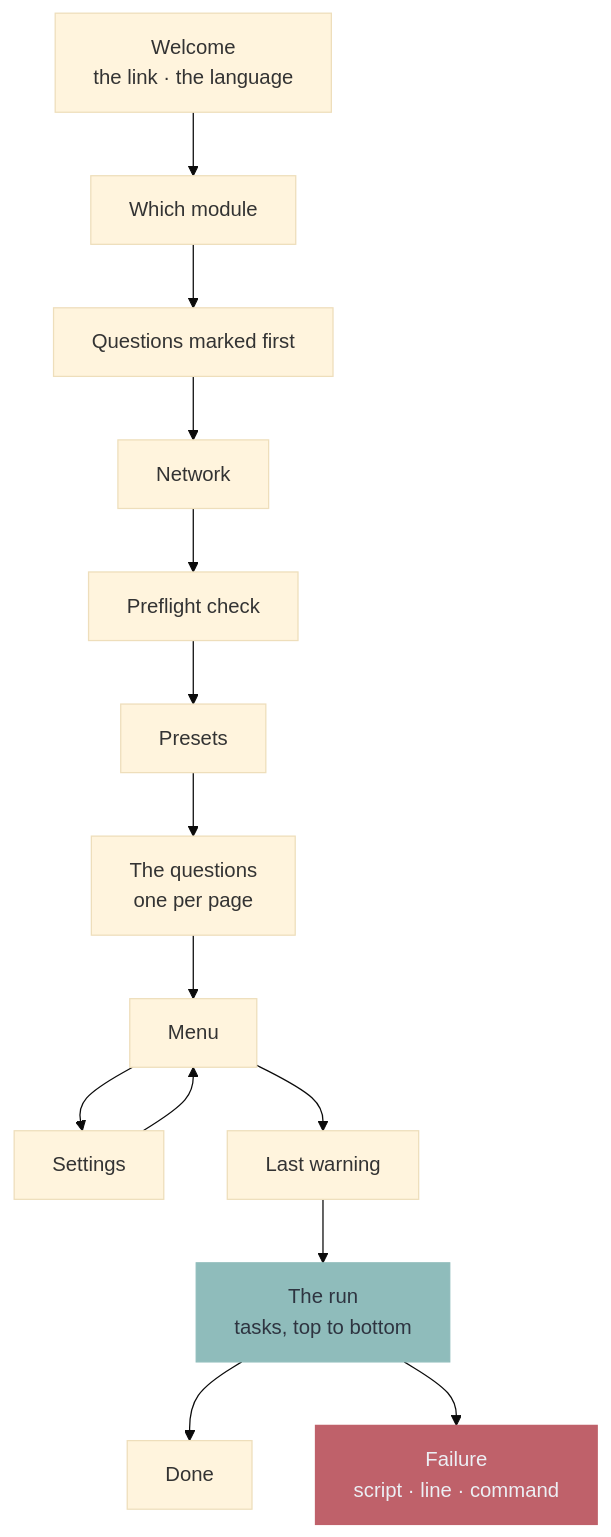
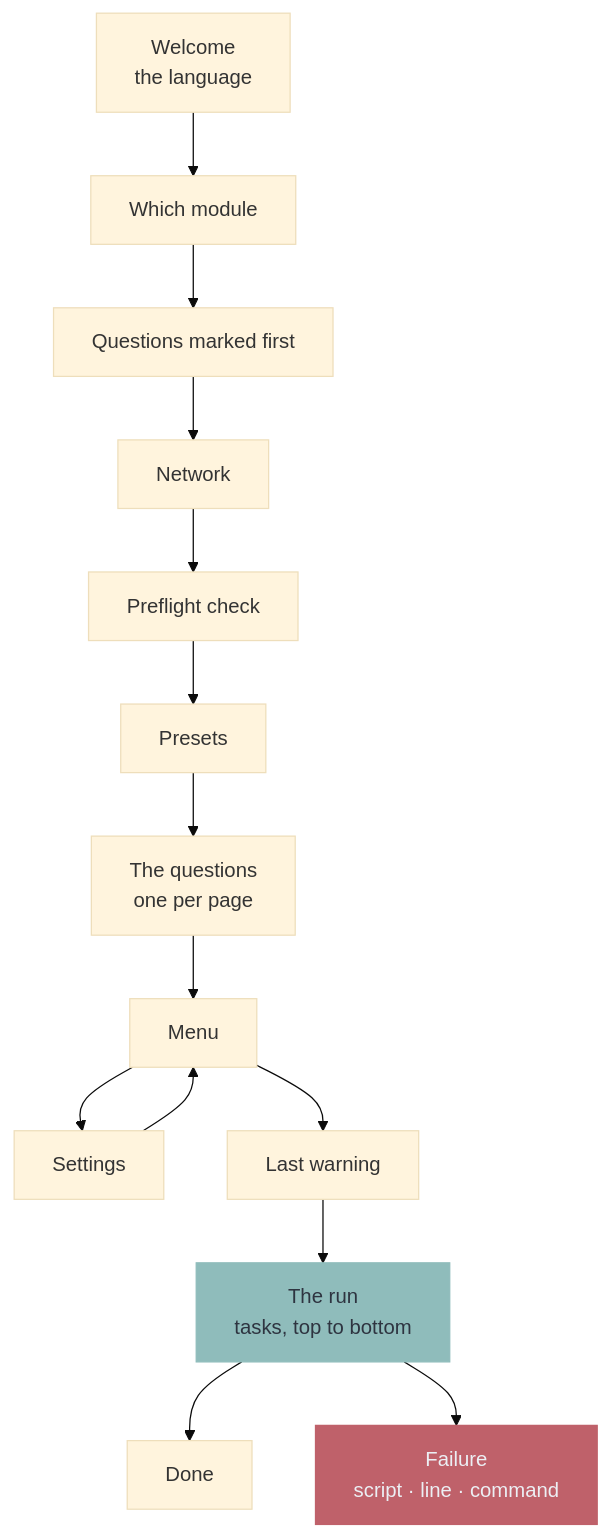
The second of 3 diagrams in docs/README.md (murkl/oak), drawn with Mermaid (base theme) before and after one commit. The commit also changed other lines of this file and 23 other files, not shown here.

````diff
--- a/docs/README.md
+++ b/docs/README.md
@@ -74,14 +76,14 @@
 ```mermaid
 flowchart TD
-    L["Welcome<br/>the link · the language"] --> W["Which module"] --> Q1["Questions marked first"]
+    L["Welcome<br/>the language"] --> W["Which module"] --> Q1["Questions marked first"]
     Q1 --> N["Network"] --> P["Preflight check"] --> PR["Presets"]
     PR --> Q["The questions<br/>one per page"]
     Q --> H["Menu"]
     H --> SE["Settings"] --> H
     H --> CF["Last warning"] --> R["The run<br/>tasks, top to bottom"]
     R --> OK["Done"]
     R --> ER["Failure<br/>script · line · command"]
 
     style ER fill:#bf616a,stroke:#bf616a,color:#eceff4
     style R fill:#8fbcbb,stroke:#8fbcbb,color:#2e3440
 ```
````
